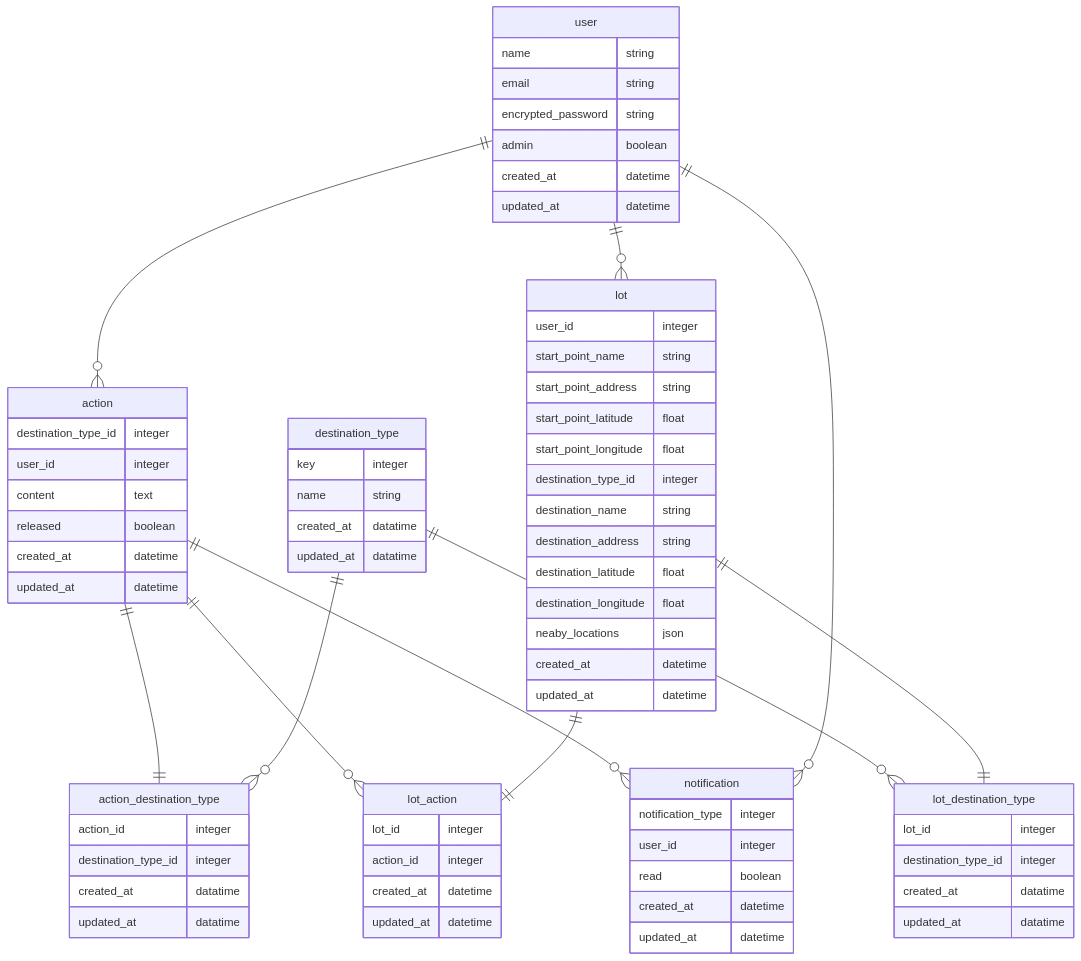
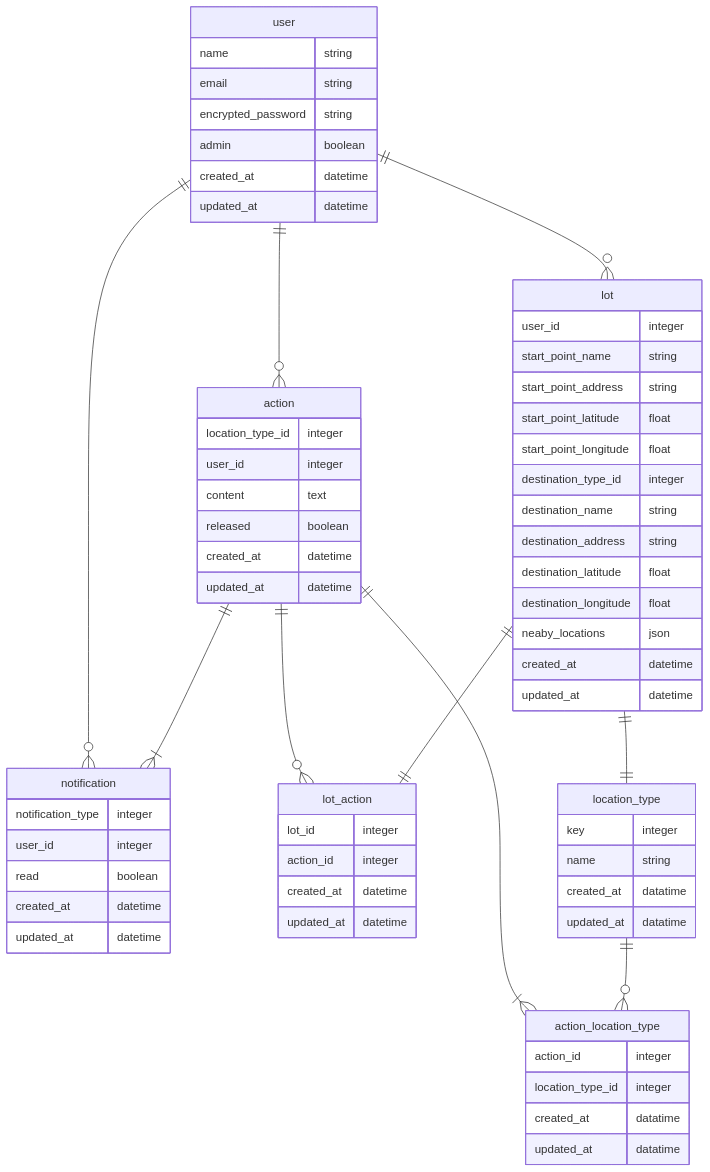
One commit to satoshitodaka/my_portfolio changed the diagram in 散歩くじ/summary.md. Above: the diagram before and after it, drawn with Mermaid. The commit also changed other lines of this file, not shown here.

Commit message:
modify ER図の修正

````diff
--- a/散歩くじ/summary.md
+++ b/散歩くじ/summary.md
@@ -84,16 +88,16 @@
 ```mermaid
 erDiagram
 
-action ||--|| action_destination_type: ""
-action ||--o{ lot_action: ""
-action ||--o{ notification: ""
-destination_type ||--o{ action_destination_type: ""
-destination_type ||--o{ lot_destination_type: ""
-lot ||--|| lot_action: ""
-lot ||--|| lot_destination_type: ""
+
 user ||--o{ action: ""
 user ||--o{ lot: ""
 user ||--o{ notification: ""
+action ||--|{ action_location_type: ""
+action ||--o{ lot_action: ""
+action ||--|{ notification: ""
+location_type ||--o{ action_location_type: ""
+lot ||--|| location_type: ""
+lot ||--|| lot_action: ""
 
 user {
     name string
@@ -121,7 +125,7 @@
 }
 
 action {
-  destination_type_id integer
+  location_type_id integer
   user_id integer
   content text
   released boolean
@@ -136,23 +140,16 @@
   updated_at datetime
 }
 
-destination_type {
+location_type {
   key integer
   name string
   created_at datatime
   updated_at datatime
 }
 
-lot_destination_type {
-  lot_id integer
-  destination_type_id integer
-  created_at datatime
-  updated_at datatime
-}
-
-action_destination_type {
+action_location_type {
   action_id integer
-  destination_type_id integer
+  location_type_id integer
   created_at datatime
   updated_at datatime
 }
````
